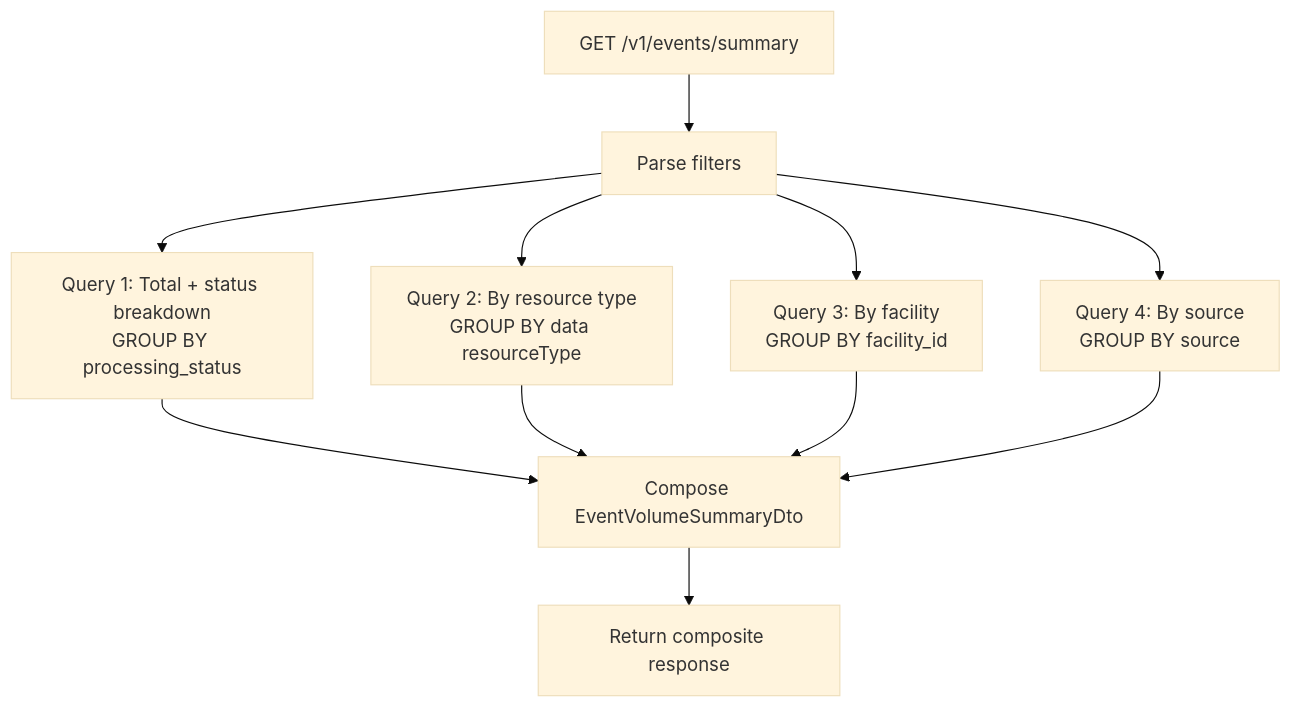
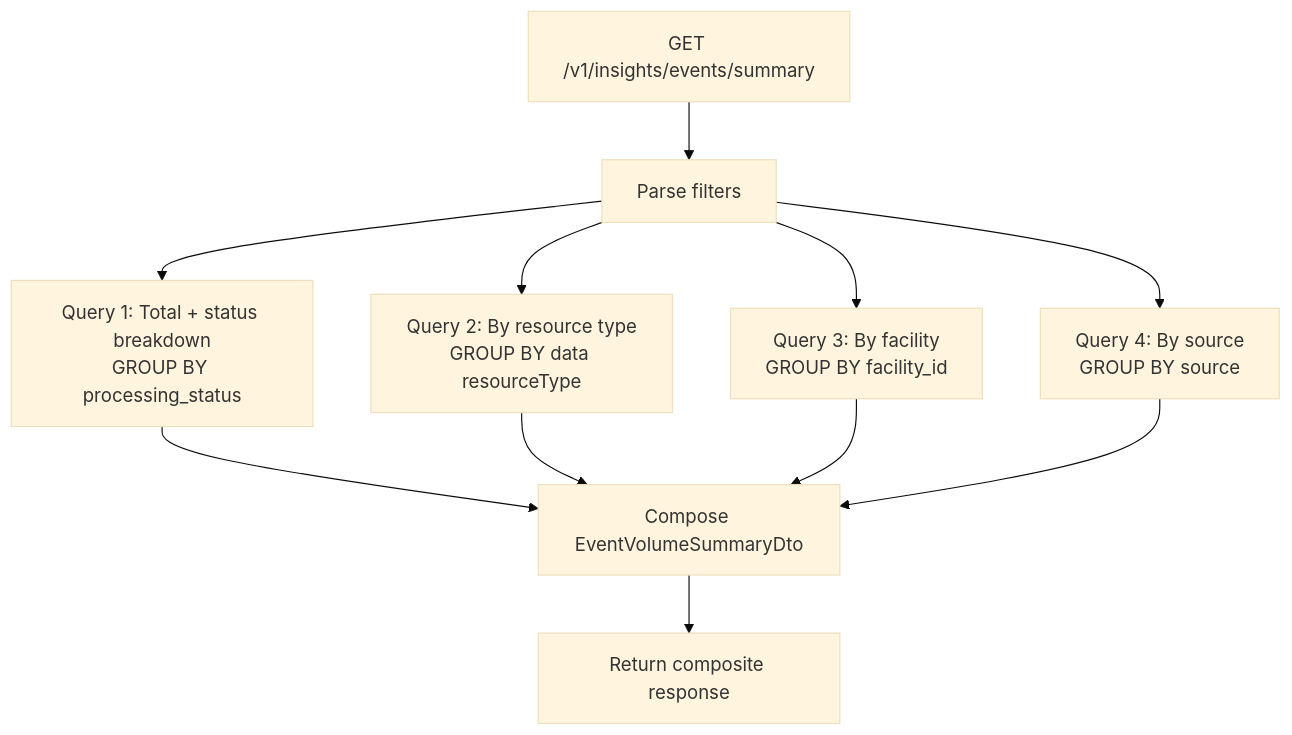
The tenth of 27 diagrams in docs/flow-diagrams.md (AjishaVayoli-Tarento/cce-insights-service), drawn with Mermaid (base theme) before and after one commit. The commit also changed other lines of this file and 27 other files, not shown here.

````diff
--- a/docs/flow-diagrams.md
+++ b/docs/flow-diagrams.md
@@ -205,16 +205,16 @@
 ```mermaid
 flowchart TD
-    A[GET /v1/events/summary] --> B[Parse filters]
+    A[GET /v1/insights/events/summary] --> B[Parse filters]
 
     B --> C[Query 1: Total + status breakdown<br/>GROUP BY processing_status]
     B --> D[Query 2: By resource type<br/>GROUP BY data resourceType]
     B --> E[Query 3: By facility<br/>GROUP BY facility_id]
     B --> F[Query 4: By source<br/>GROUP BY source]
 
     C --> G[Compose EventVolumeSummaryDto]
     D --> G
     E --> G
     F --> G
 
     G --> H[Return composite response]
 ```
````
